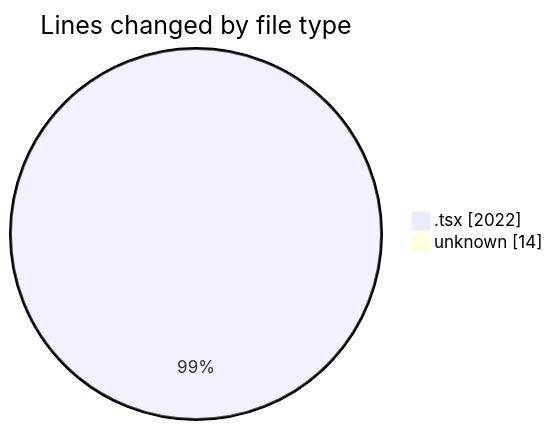
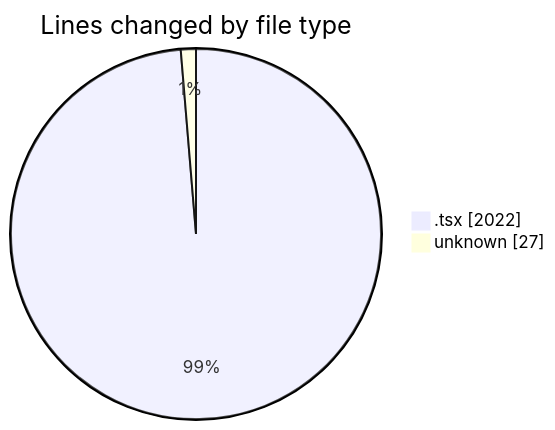
The first of 2 diagrams in 2025-05-29/kimberly-groups/README.md (JenPaints/code-tracking), drawn with Mermaid before and after one commit. The commit also changed other lines of this file and 1 other file, not shown here.

````diff
--- a/2025-05-29/kimberly-groups/README.md
+++ b/2025-05-29/kimberly-groups/README.md
@@ -27,6 +27,6 @@
 ```mermaid
 pie showData
 title Lines changed by file type
 ".tsx" : 2022
-"unknown" : 14
+"unknown" : 27
 ```
````
